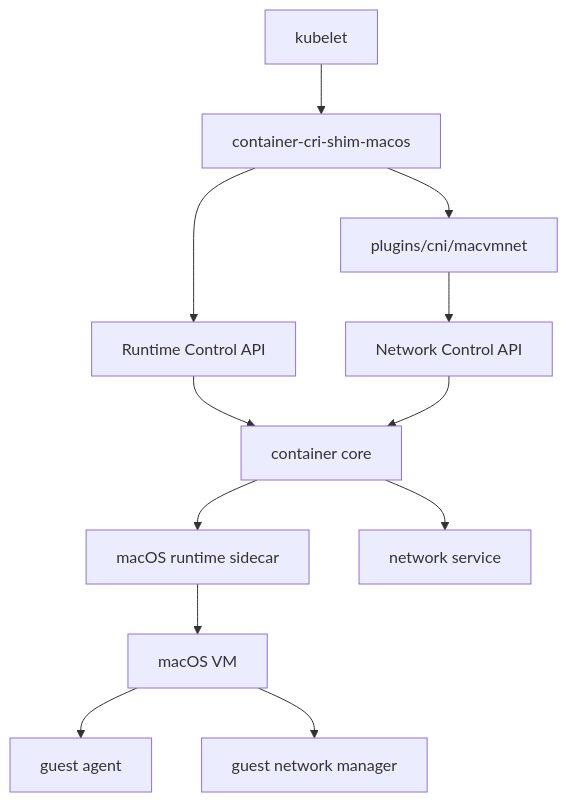
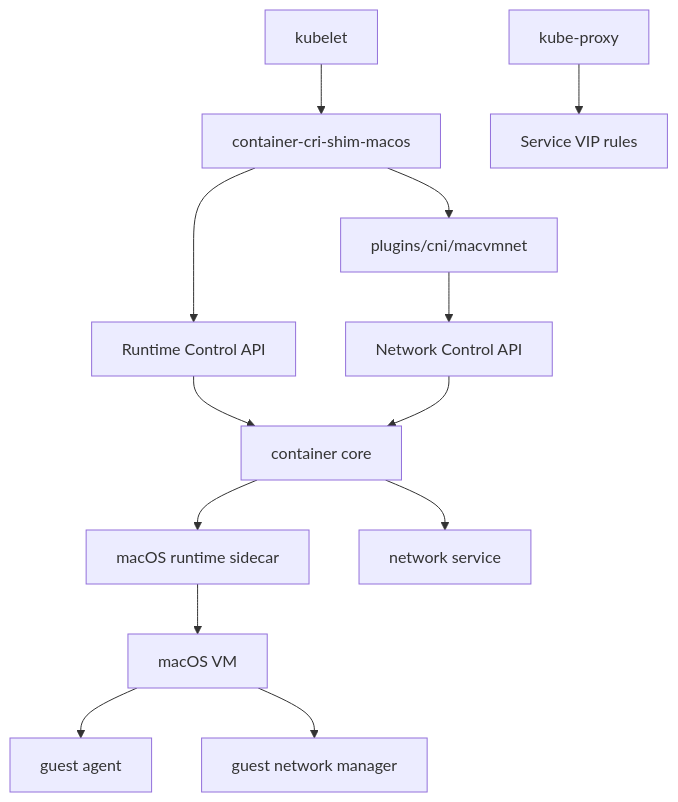
Before and after one commit to jianliang00/container: the diagram in docs/macos-guest-k8s-cri-cni-roadmap.md, drawn with Mermaid. The commit also changed other lines of this file and 27 other files, not shown here.

````diff
--- a/docs/macos-guest-k8s-cri-cni-roadmap.md
+++ b/docs/macos-guest-k8s-cri-cni-roadmap.md
@@ -61,14 +65,15 @@
 ```mermaid
 flowchart TD
     Kubelet["kubelet"] --> CRI["container-cri-shim-macos"]
     CRI --> CNI["plugins/cni/macvmnet"]
+    KubeProxy["kube-proxy"] --> SVC["Service VIP rules"]
     CRI --> RAPI["Runtime Control API"]
     CNI --> NAPI["Network Control API"]
     RAPI --> Core["container core"]
     NAPI --> Core
     Core --> Sidecar["macOS runtime sidecar"]
     Sidecar --> VM["macOS VM"]
     VM --> Agent["guest agent"]
     VM --> GuestNet["guest network manager"]
     Core --> NetSvc["network service"]
 ```
````
